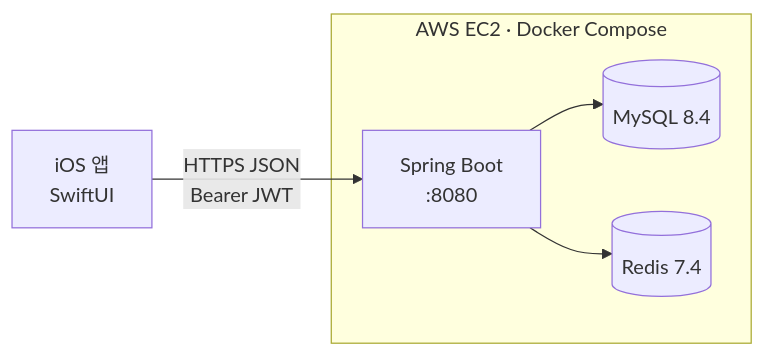
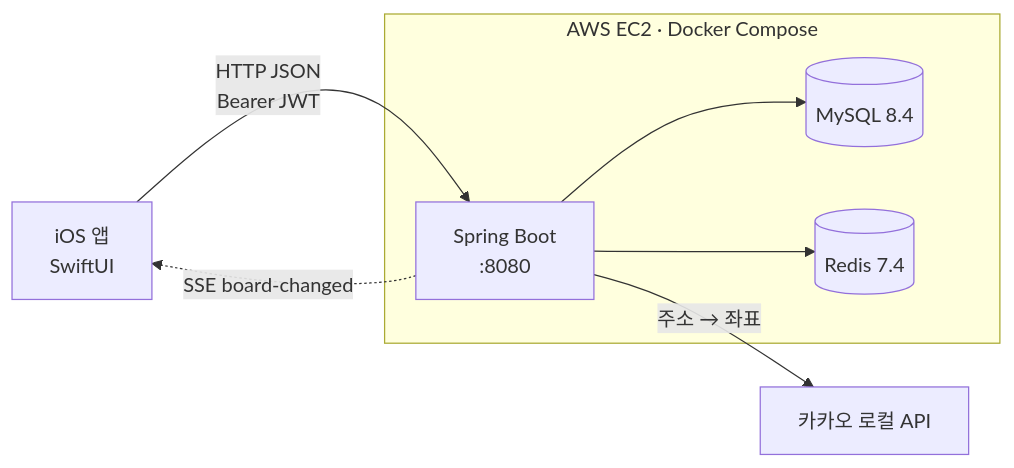
Before and after one commit to team-slotty/slotty-server: the diagram in README.md, drawn with Mermaid. The commit also changed other lines of this file, not shown here.

````diff
--- a/README.md
+++ b/README.md
@@ -41,8 +56,10 @@
 ```mermaid
 flowchart LR
-    iOS[iOS 앱<br/>SwiftUI] -- HTTPS JSON<br/>Bearer JWT --> App
+    iOS[iOS 앱<br/>SwiftUI] -- HTTP JSON<br/>Bearer JWT --> App
+    App -. SSE board-changed .-> iOS
     subgraph EC2 [AWS EC2 · Docker Compose]
         App[Spring Boot<br/>:8080] --> MySQL[(MySQL 8.4)]
         App --> Redis[(Redis 7.4)]
     end
+    App -- 주소 → 좌표 --> Kakao[카카오 로컬 API]
 ```
````
